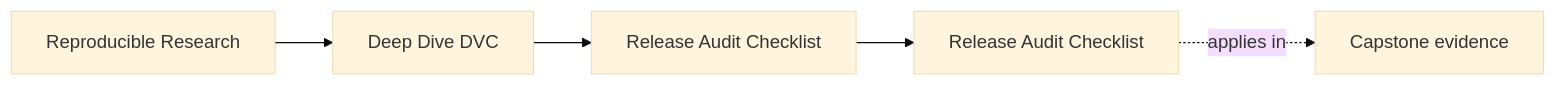
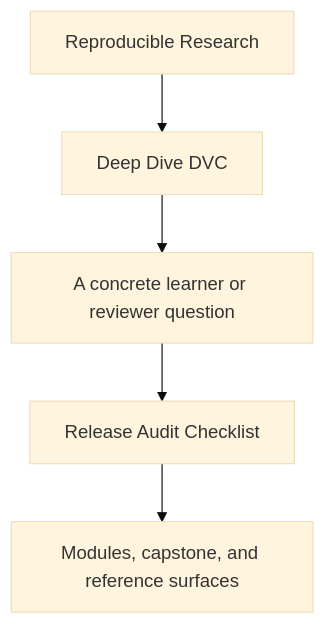
One commit to bijux/bijux-masterclass changed the first of 2 diagrams in programs/reproducible-research/deep-dive-dvc/course-book/guides/release-audit-checklist.md. Above: the diagram before and after it, drawn with Mermaid (base theme). The commit also changed other lines of this file and 31 other files, not shown here.

Commit message:
docs(deep-dive-dvc): sharpen guide and reference diagrams

````diff
--- a/programs/reproducible-research/deep-dive-dvc/course-book/guides/release-audit-checklist.md
+++ b/programs/reproducible-research/deep-dive-dvc/course-book/guides/release-audit-checklist.md
@@ -9,11 +9,7 @@
 ```mermaid
-graph LR
-  family["Reproducible Research"]
-  program["Deep Dive DVC"]
-  section["Release Audit Checklist"]
-  page["Release Audit Checklist"]
-  capstone["Capstone evidence"]
-
-  family --> program --> section --> page
-  page -.applies in.-> capstone
+flowchart TD
+  family["Reproducible Research"] --> program["Deep Dive DVC"]
+  program --> pressure["A concrete learner or reviewer question"]
+  pressure --> guide["Release Audit Checklist"]
+  guide --> next["Modules, capstone, and reference surfaces"]
 ```
````
